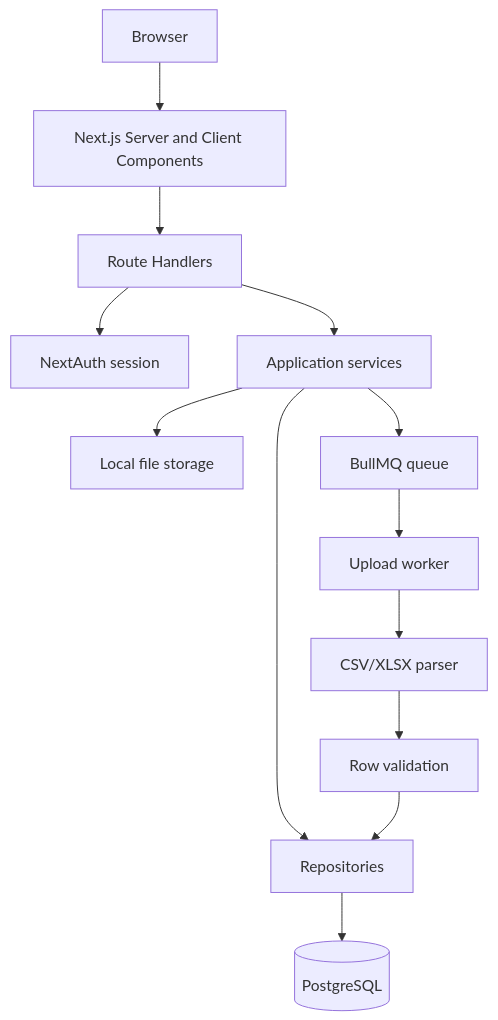
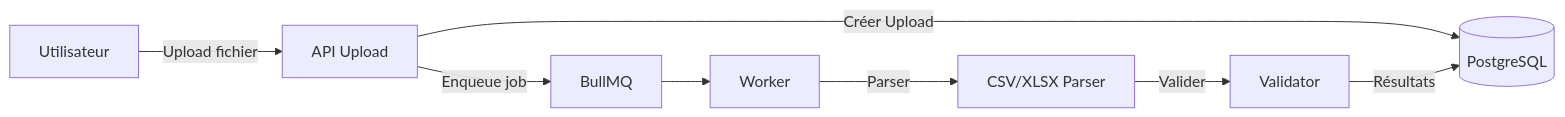
One commit to kyni225/Dataflow_CI changed the first of 2 diagrams in DESIGN.md. Above: the diagram before and after it, drawn with Mermaid. The commit also changed other lines of this file and 4 other files, not shown here.

````diff
--- a/DESIGN.md
+++ b/DESIGN.md
@@ -30,15 +24,10 @@
 ```mermaid
-flowchart TD
-  Browser[Browser] --> Pages[Next.js Server and Client Components]
-  Pages --> Routes[Route Handlers]
-  Routes --> Auth[NextAuth session]
-  Routes --> Services[Application services]
-  Services --> Repos[Repositories]
-  Repos --> DB[(PostgreSQL)]
-  Services --> Storage[Local file storage]
-  Services --> Queue[BullMQ queue]
-  Queue --> Worker[Upload worker]
-  Worker --> Parser[CSV/XLSX parser]
-  Parser --> Validator[Row validation]
-  Validator --> Repos
+flowchart LR
+    User[Utilisateur] -->|Upload fichier| API[API Upload]
+    API -->|Créer Upload| DB[(PostgreSQL)]
+    API -->|Enqueue job| Queue[BullMQ]
+    Queue --> Worker[Worker]
+    Worker -->|Parser| Parser[CSV/XLSX Parser]
+    Parser -->|Valider| Validator[Validator]
+    Validator -->|Résultats| DB
 ```
````
